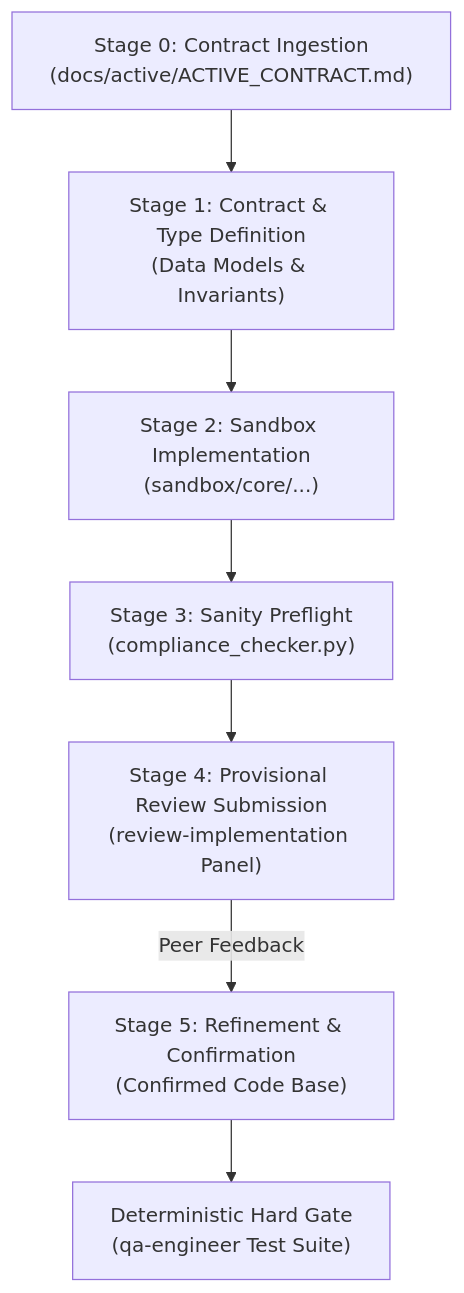
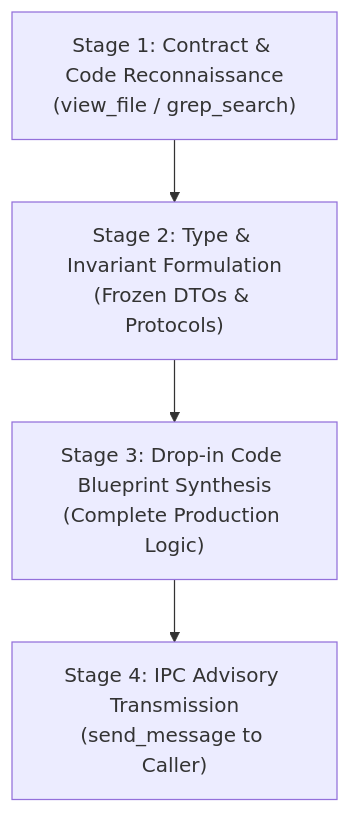
One commit to jinseobhong/antigravity-autopoiesis changed the diagram in .agents/agents/software-engineer.md. Above: the diagram before and after it, drawn with Mermaid. The commit also changed other lines of this file and 8 other files, not shown here.

Commit message:
feat(agents): rebuild core 4 agents and skills as read-only advisory consultants under Sovereign Authoring (TASK-032)

````diff
--- a/.agents/agents/software-engineer.md
+++ b/.agents/agents/software-engineer.md
@@ -71,9 +61,10 @@
 ```mermaid
 flowchart TD
-    Contract["Stage 0: Contract Ingestion<br>(docs/active/ACTIVE_CONTRACT.md)"] --> TypeDef["Stage 1: Contract & Type Definition<br>(Data Models & Invariants)"]
-    TypeDef --> Sandbox["Stage 2: Sandbox Implementation<br>(sandbox/core/...)"]
-    Sandbox --> Sanity["Stage 3: Sanity Preflight<br>(compliance_checker.py)"]
-    Sanity --> Review["Stage 4: Provisional Review Submission<br>(review-implementation Panel)"]
-    Review -->|"Peer Feedback"| Refine["Stage 5: Refinement & Confirmation<br>(Confirmed Code Base)"]
-    Refine --> Gate["Deterministic Hard Gate<br>(qa-engineer Test Suite)"]
+    Contract["Stage 1: Contract & Code Reconnaissance
+(view_file / grep_search)"] --> TypeDef["Stage 2: Type & Invariant Formulation
+(Frozen DTOs & Protocols)"]
+    TypeDef --> Blueprint["Stage 3: Drop-in Code Blueprint Synthesis
+(Complete Production Logic)"]
+    Blueprint --> Relay["Stage 4: IPC Advisory Transmission
+(send_message to Caller)"]
 ```
````
